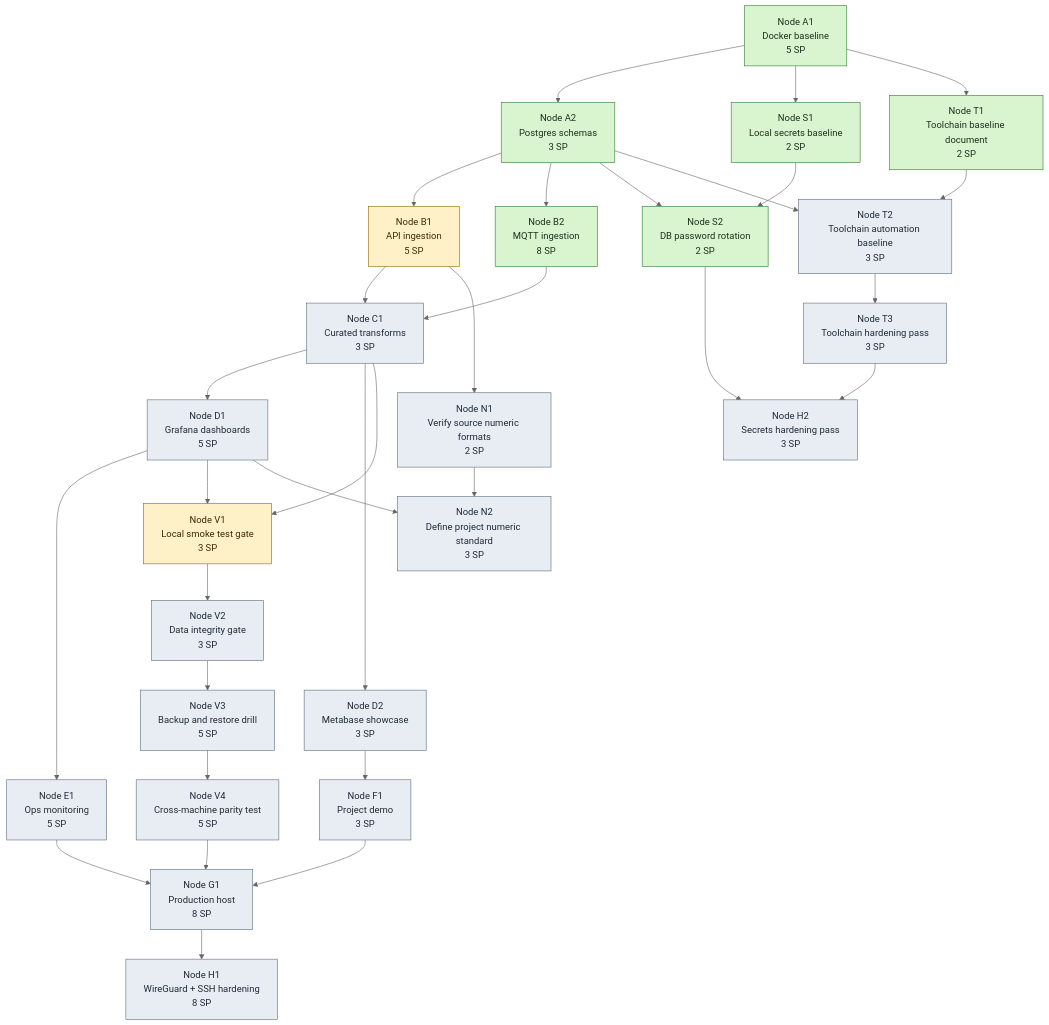
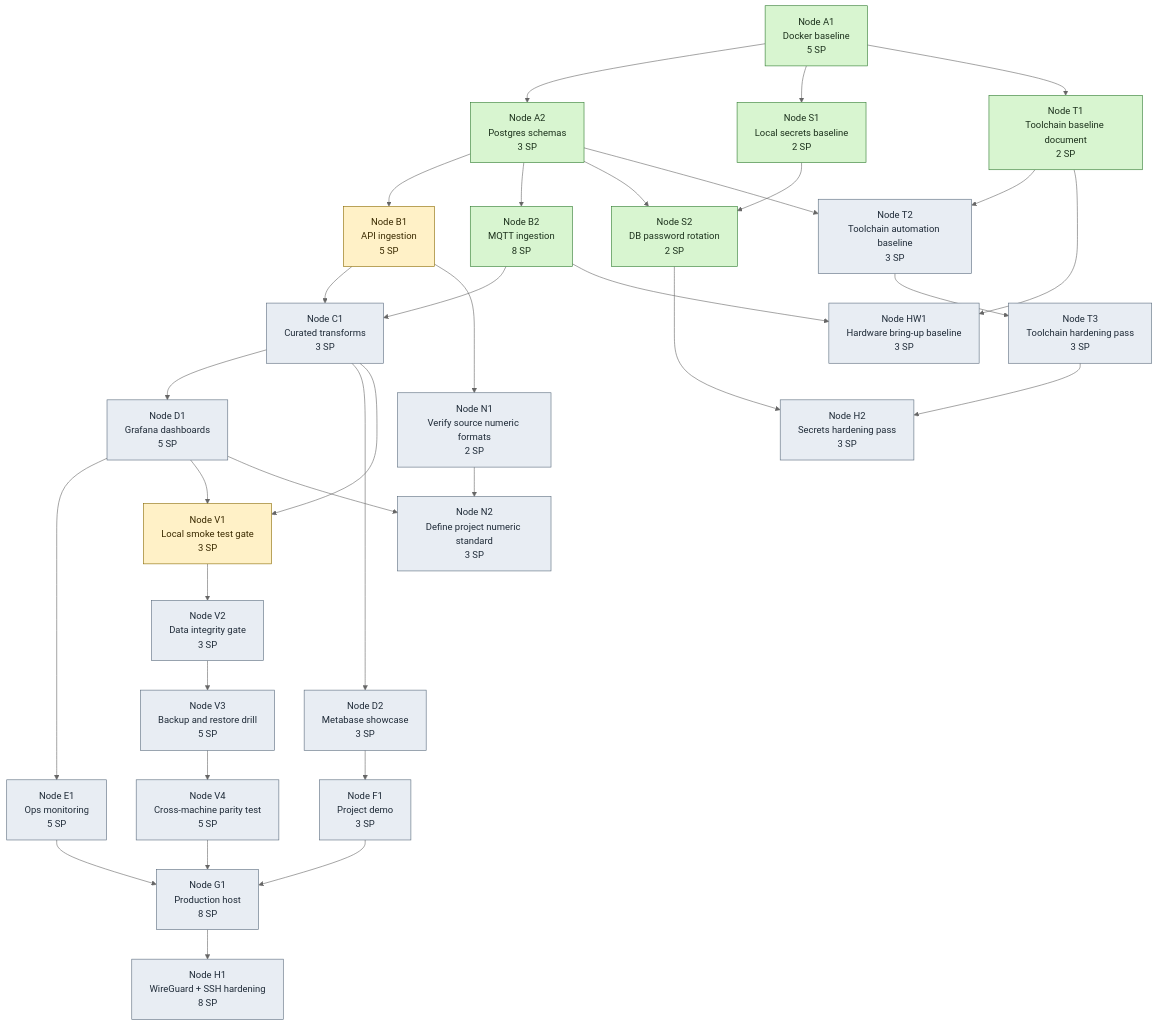
One commit to EnTekLasse/commons-anchor changed the diagram in docs/architecture/diagrams/tech-tree.mmd. Above: the diagram before and after it, drawn with Mermaid (neutral theme). The commit also changed 3 other files, not shown here.

```diff
--- a/docs/architecture/diagrams/tech-tree.mmd
+++ b/docs/architecture/diagrams/tech-tree.mmd
@@ -1,83 +1,87 @@
 %% AUTO-GENERATED FROM docs/architecture/diagram-model.json
 flowchart TD
   A1[Node A1<br/>Docker baseline<br/>5 SP]
   A2[Node A2<br/>Postgres schemas<br/>3 SP]
   B1[Node B1<br/>API ingestion<br/>5 SP]
   B2[Node B2<br/>MQTT ingestion<br/>8 SP]
   C1[Node C1<br/>Curated transforms<br/>3 SP]
   D1[Node D1<br/>Grafana dashboards<br/>5 SP]
   D2[Node D2<br/>Metabase showcase<br/>3 SP]
   E1[Node E1<br/>Ops monitoring<br/>5 SP]
   F1[Node F1<br/>Project demo<br/>3 SP]
   V1[Node V1<br/>Local smoke test gate<br/>3 SP]
   V2[Node V2<br/>Data integrity gate<br/>3 SP]
   V3[Node V3<br/>Backup and restore drill<br/>5 SP]
   V4[Node V4<br/>Cross-machine parity test<br/>5 SP]
   G1[Node G1<br/>Production host<br/>8 SP]
   S1[Node S1<br/>Local secrets baseline<br/>2 SP]
   S2[Node S2<br/>DB password rotation<br/>2 SP]
   N1[Node N1<br/>Verify source numeric formats<br/>2 SP]
   N2[Node N2<br/>Define project numeric standard<br/>3 SP]
   H1[Node H1<br/>WireGuard + SSH hardening<br/>8 SP]
   H2[Node H2<br/>Secrets hardening pass<br/>3 SP]
   T1[Node T1<br/>Toolchain baseline document<br/>2 SP]
   T2[Node T2<br/>Toolchain automation baseline<br/>3 SP]
   T3[Node T3<br/>Toolchain hardening pass<br/>3 SP]
+  HW1[Node HW1<br/>Hardware bring-up baseline<br/>3 SP]
 
   A1 --> A2
   A2 --> B1
   A2 --> B2
   B1 --> C1
   B2 --> C1
   C1 --> D1
   C1 --> D2
   D1 --> E1
   D2 --> F1
   C1 --> V1
   D1 --> V1
   V1 --> V2
   V2 --> V3
   V3 --> V4
   E1 --> G1
   F1 --> G1
   V4 --> G1
   A1 --> S1
   S1 --> S2
   A2 --> S2
   B1 --> N1
   N1 --> N2
   D1 --> N2
   G1 --> H1
   S2 --> H2
   T3 --> H2
   A1 --> T1
   T1 --> T2
   A2 --> T2
   T2 --> T3
+  B2 --> HW1
+  T1 --> HW1
 
   classDef done fill:#d8f5d0,stroke:#2f7a2f,stroke-width:1px,color:#1c311c
   classDef inProgress fill:#fff1c7,stroke:#8a6a00,stroke-width:1px,color:#3a2a00
   classDef backlog fill:#e8edf3,stroke:#5a6b7d,stroke-width:1px,color:#1f2b38
   class A1 done
   class A2 done
   class B1 inProgress
   class B2 done
   class C1 backlog
   class D1 backlog
   class D2 backlog
   class E1 backlog
   class F1 backlog
   class V1 inProgress
   class V2 backlog
   class V3 backlog
   class V4 backlog
   class G1 backlog
   class S1 done
   class S2 done
   class N1 backlog
   class N2 backlog
   class H1 backlog
   class H2 backlog
   class T1 done
   class T2 backlog
   class T3 backlog
+  class HW1 backlog
```
